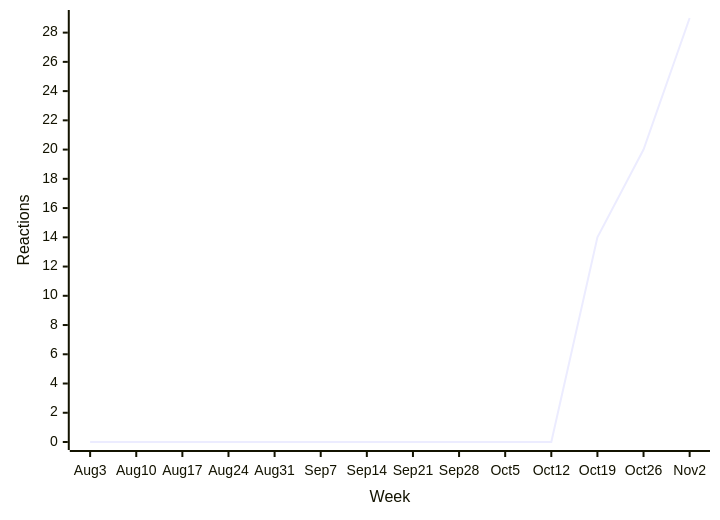
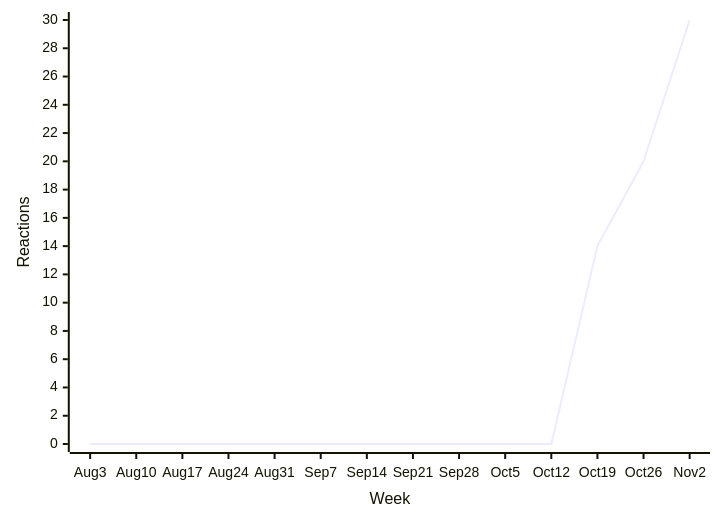
The second of 40 diagrams in README.md (loic-sharma/github-insights), drawn with Mermaid before and after one commit. The commit also changed other lines of this file and 3 other files, not shown here.

````diff
--- a/README.md
+++ b/README.md
@@ -341,6 +341,6 @@
   ```mermaid
   xychart-beta
     x-axis "Week" [Aug 3, Aug 10, Aug 17, Aug 24, Aug 31, Sep 7, Sep 14, Sep 21, Sep 28, Oct 5, Oct 12, Oct 19, Oct 26, Nov 2]
     y-axis "Reactions"
-    line [0, 0, 0, 0, 0, 0, 0, 0, 0, 0, 0, 14, 20, 29]
+    line [0, 0, 0, 0, 0, 0, 0, 0, 0, 0, 0, 14, 20, 30]
   ```
````
